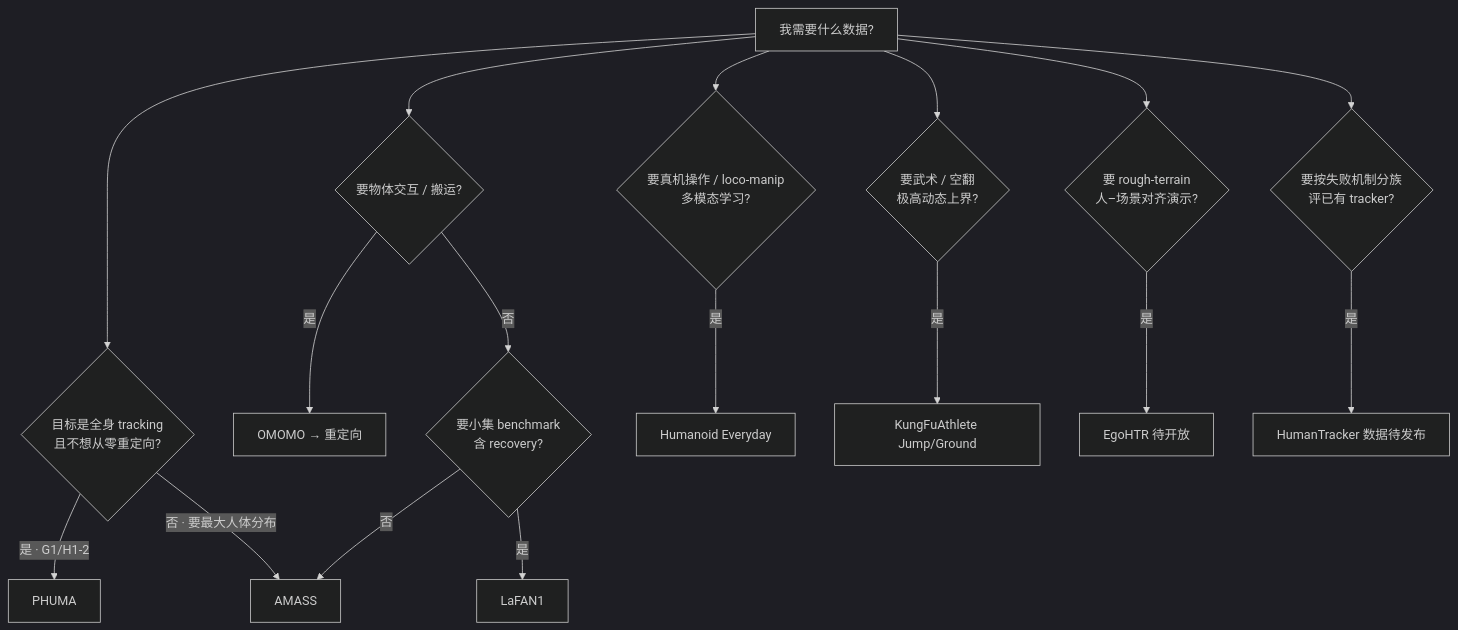
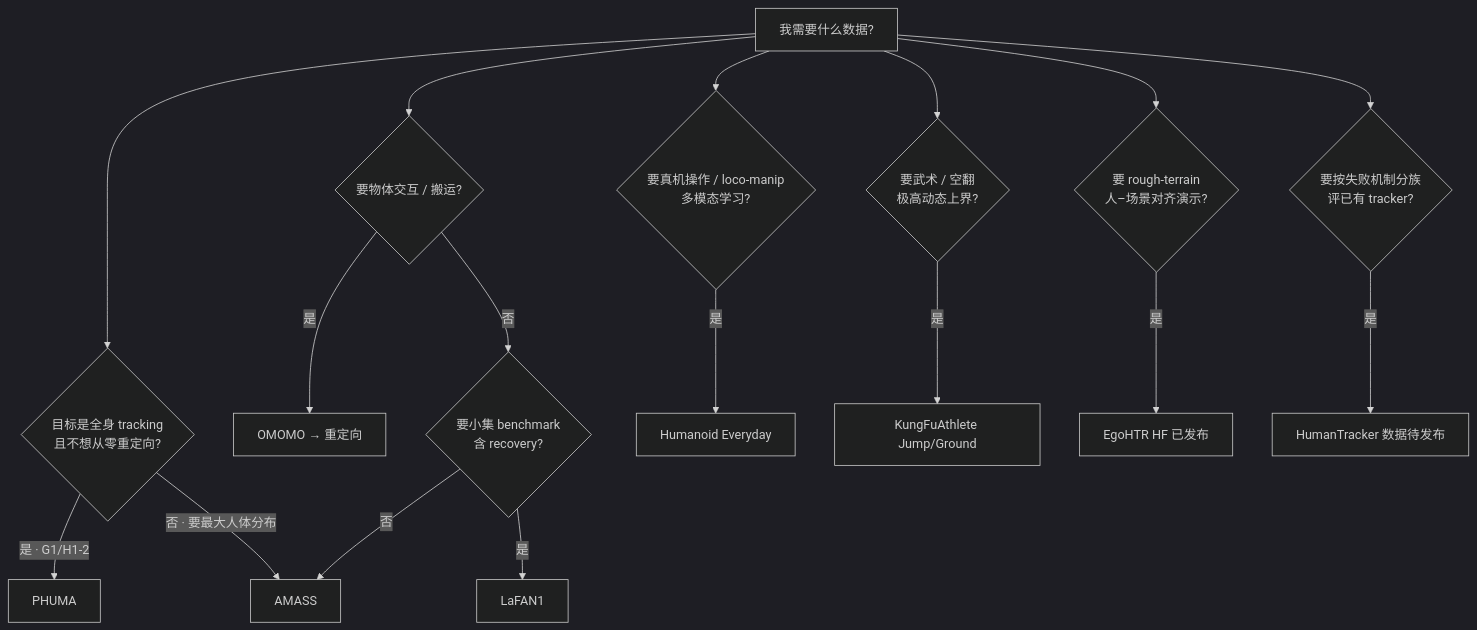
Before and after one commit to ImChong/Robotics_Notebooks: the diagram in wiki/comparisons/humanoid-reference-motion-datasets.md, drawn with Mermaid (dark theme). The commit also changed other lines of this file and 14 other files, not shown here.

Commit message:
[2026-09-12] ingest | sources/sites/egohtr-github-io.md — EgoHTR 数据集已上 HF（~719 GB）；CoRL 2026；代码仍待发布；刷新实体页与选型交叉引用

````diff
--- a/wiki/comparisons/humanoid-reference-motion-datasets.md
+++ b/wiki/comparisons/humanoid-reference-motion-datasets.md
@@ -100,20 +101,20 @@
 ```mermaid
 flowchart TD
   start[我需要什么数据?]
   start --> q1{目标是全身 tracking<br/>且不想从零重定向?}
   q1 -->|是 · G1/H1-2| phuma[PHUMA]
   q1 -->|否 · 要最大人体分布| amass[AMASS]
   start --> q2{要物体交互 / 搬运?}
   q2 -->|是| omomo[OMOMO → 重定向]
   q2 -->|否| q3{要小集 benchmark<br/>含 recovery?}
   q3 -->|是| lafan[LaFAN1]
   q3 -->|否| amass
   start --> q4{要真机操作 / loco-manip<br/>多模态学习?}
   q4 -->|是| he[Humanoid Everyday]
   start --> q5{要武术 / 空翻<br/>极高动态上界?}
   q5 -->|是| kfa[KungFuAthlete Jump/Ground]
   start --> q6{要 rough-terrain<br/>人–场景对齐演示?}
-  q6 -->|是| egohtr[EgoHTR 待开放]
+  q6 -->|是| egohtr[EgoHTR HF 已发布]
   start --> q7{要按失败机制分族<br/>评已有 tracker?}
   q7 -->|是| ht[HumanTracker 数据待发布]
 ```
````
